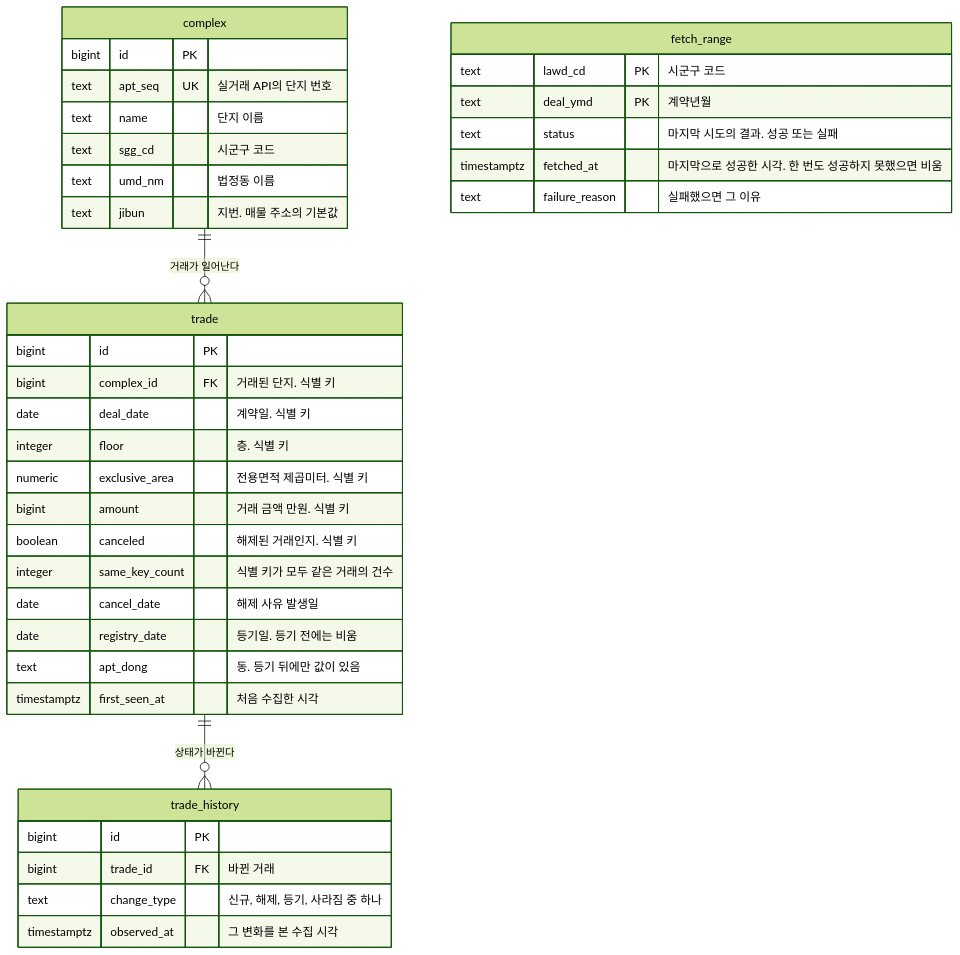
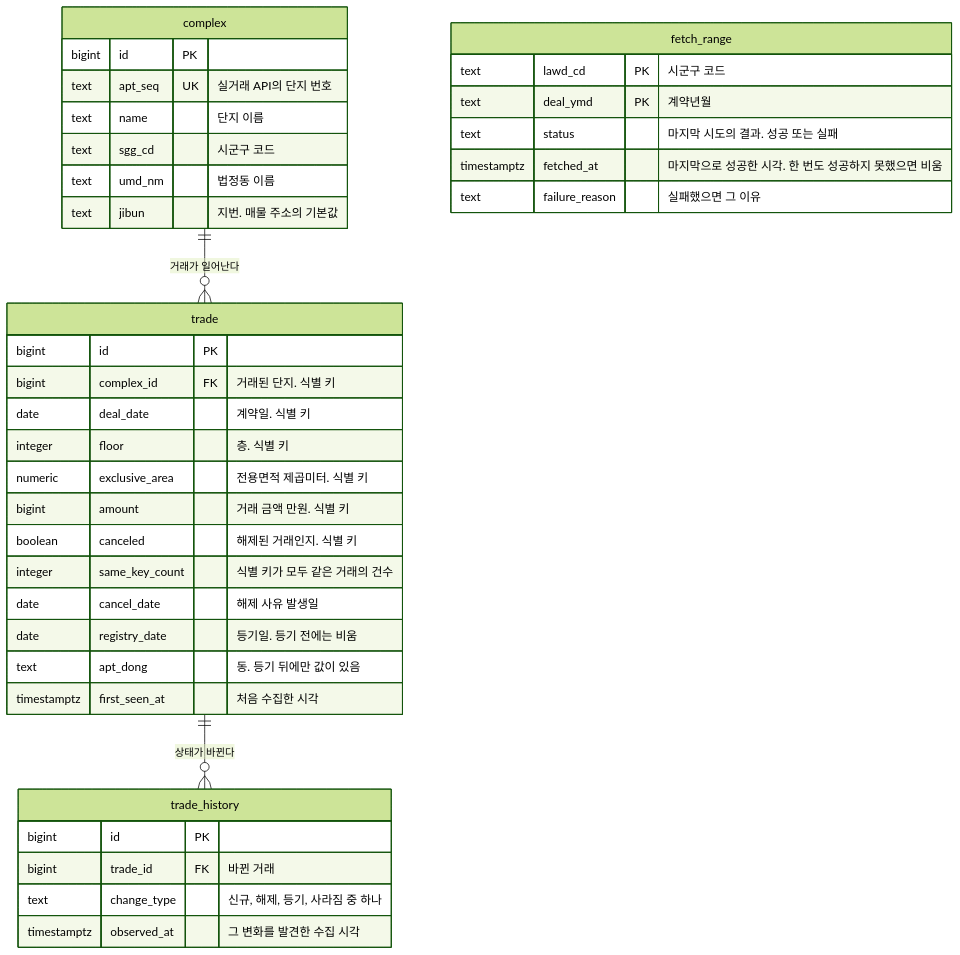
One commit to Park-Seung-Hun/real-estate changed the second of 4 diagrams in docs/architecture/data-model.md. Above: the diagram before and after it, drawn with Mermaid (forest theme). The commit also changed other lines of this file and 22 other files, not shown here.

````diff
--- a/docs/architecture/data-model.md
+++ b/docs/architecture/data-model.md
@@ -173,40 +173,40 @@
 ```mermaid
 erDiagram
   complex {
     bigint id PK
     text apt_seq UK "실거래 API의 단지 번호"
     text name "단지 이름"
     text sgg_cd "시군구 코드"
     text umd_nm "법정동 이름"
     text jibun "지번. 매물 주소의 기본값"
   }
   trade {
     bigint id PK
     bigint complex_id FK "거래된 단지. 식별 키"
     date deal_date "계약일. 식별 키"
     integer floor "층. 식별 키"
     numeric exclusive_area "전용면적 제곱미터. 식별 키"
     bigint amount "거래 금액 만원. 식별 키"
     boolean canceled "해제된 거래인지. 식별 키"
     integer same_key_count "식별 키가 모두 같은 거래의 건수"
     date cancel_date "해제 사유 발생일"
     date registry_date "등기일. 등기 전에는 비움"
     text apt_dong "동. 등기 뒤에만 값이 있음"
     timestamptz first_seen_at "처음 수집한 시각"
   }
   trade_history {
     bigint id PK
     bigint trade_id FK "바뀐 거래"
     text change_type "신규, 해제, 등기, 사라짐 중 하나"
-    timestamptz observed_at "그 변화를 본 수집 시각"
+    timestamptz observed_at "그 변화를 발견한 수집 시각"
   }
   fetch_range {
     text lawd_cd PK "시군구 코드"
     text deal_ymd PK "계약년월"
     text status "마지막 시도의 결과. 성공 또는 실패"
     timestamptz fetched_at "마지막으로 성공한 시각. 한 번도 성공하지 못했으면 비움"
     text failure_reason "실패했으면 그 이유"
   }
   complex ||--o{ trade : "거래가 일어난다"
   trade ||--o{ trade_history : "상태가 바뀐다"
 ```
````
